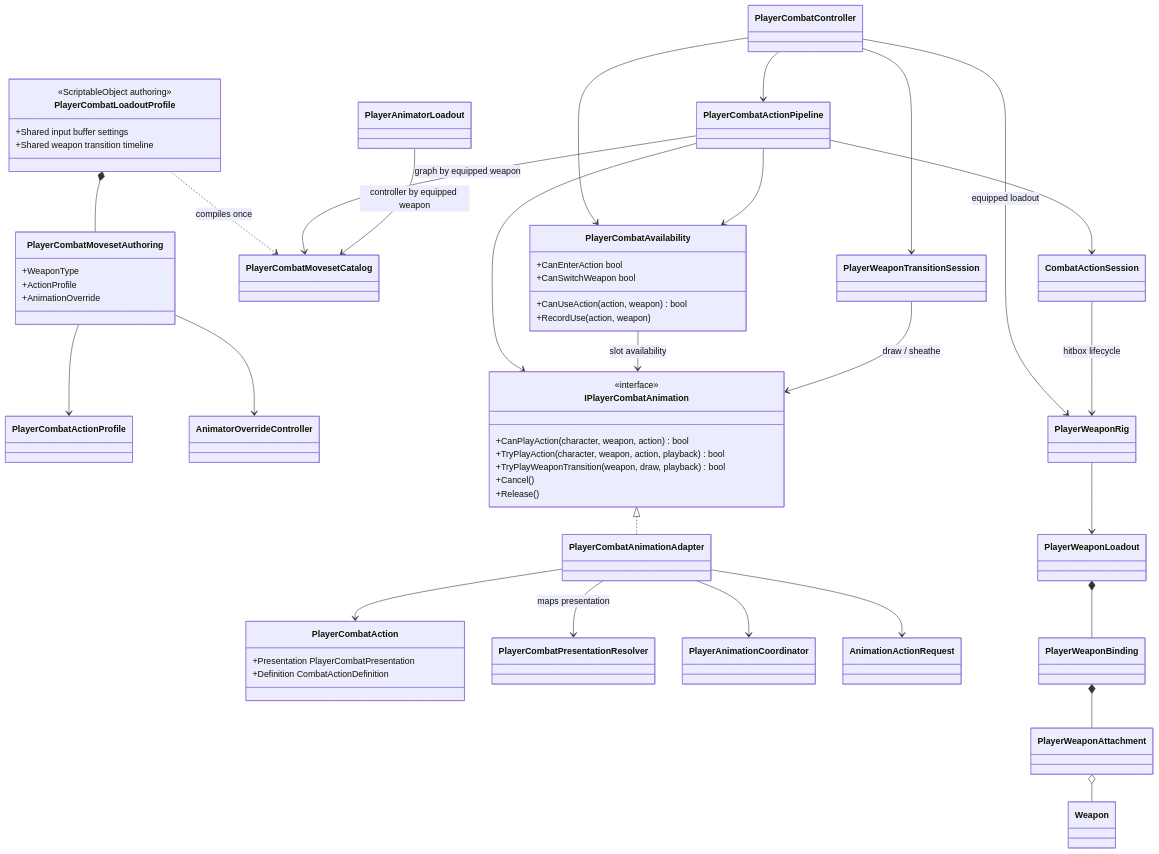
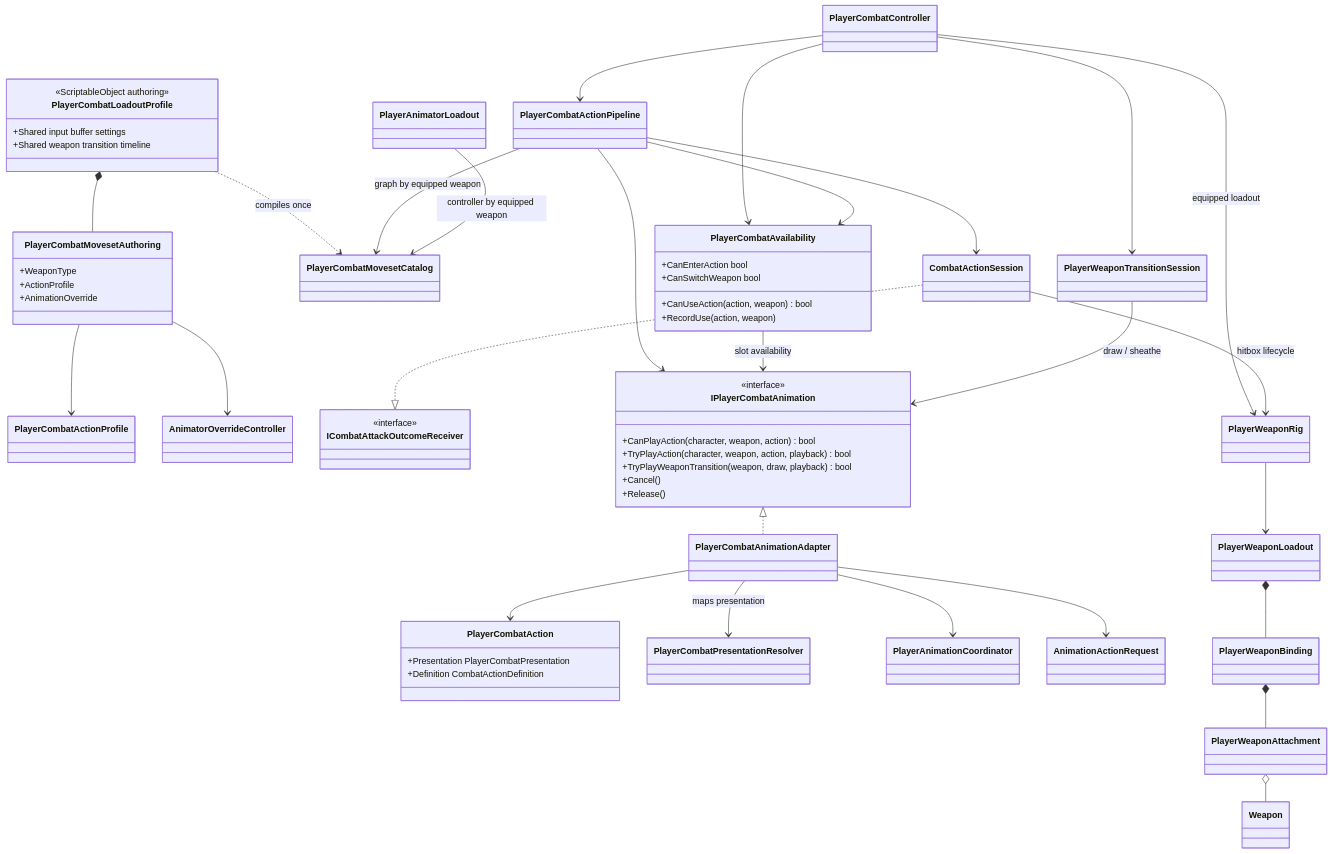
The diagram in Assets/_App/Core/Runtime/Combat/Player/README.md (MaximFonariuc/project-s), drawn with Mermaid before and after one commit. The commit also changed other lines of this file and 10 other files, not shown here.

````diff
--- a/Assets/_App/Core/Runtime/Combat/Player/README.md
+++ b/Assets/_App/Core/Runtime/Combat/Player/README.md
@@ -7,74 +7,78 @@
 ```mermaid
 classDiagram
     class PlayerCombatController
     class PlayerCombatActionPipeline
     class PlayerCombatLoadoutProfile {
         <<ScriptableObject authoring>>
         +Shared input buffer settings
         +Shared weapon transition timeline
     }
     class PlayerCombatMovesetAuthoring {
         +WeaponType
         +ActionProfile
         +AnimationOverride
     }
     class PlayerCombatMovesetCatalog
     class PlayerCombatActionProfile
     class PlayerAnimatorLoadout
     class AnimatorOverrideController
     class CombatActionSession
+    class ICombatAttackOutcomeReceiver {
+        <<interface>>
+    }
     class PlayerWeaponTransitionSession
     class PlayerCombatAvailability {
         +CanEnterAction bool
         +CanSwitchWeapon bool
         +CanUseAction(action, weapon) bool
         +RecordUse(action, weapon)
     }
     class IPlayerCombatAnimation {
         <<interface>>
         +CanPlayAction(character, weapon, action) bool
         +TryPlayAction(character, weapon, action, playback) bool
         +TryPlayWeaponTransition(weapon, draw, playback) bool
         +Cancel()
         +Release()
     }
     class PlayerCombatAction {
         +Presentation PlayerCombatPresentation
         +Definition CombatActionDefinition
     }
     class PlayerCombatAnimationAdapter
     class PlayerCombatPresentationResolver
     class PlayerAnimationCoordinator
     class AnimationActionRequest
     class PlayerWeaponRig
     class PlayerWeaponLoadout
     class PlayerWeaponBinding
     class PlayerWeaponAttachment
     class Weapon
 
     PlayerCombatController --> PlayerCombatActionPipeline
     PlayerCombatLoadoutProfile *-- PlayerCombatMovesetAuthoring
     PlayerCombatMovesetAuthoring --> PlayerCombatActionProfile
     PlayerCombatMovesetAuthoring --> AnimatorOverrideController
     PlayerCombatLoadoutProfile ..> PlayerCombatMovesetCatalog : compiles once
     PlayerCombatActionPipeline --> PlayerCombatMovesetCatalog : graph by equipped weapon
     PlayerAnimatorLoadout --> PlayerCombatMovesetCatalog : controller by equipped weapon
     PlayerCombatActionPipeline --> IPlayerCombatAnimation
     PlayerCombatActionPipeline --> CombatActionSession
+    CombatActionSession ..|> ICombatAttackOutcomeReceiver
     PlayerCombatController --> PlayerWeaponTransitionSession
     PlayerCombatController --> PlayerCombatAvailability
     IPlayerCombatAnimation <|.. PlayerCombatAnimationAdapter
     PlayerCombatAnimationAdapter --> PlayerCombatAction
     PlayerCombatAnimationAdapter --> PlayerCombatPresentationResolver : maps presentation
     PlayerCombatAvailability --> IPlayerCombatAnimation : slot availability
     PlayerWeaponTransitionSession --> IPlayerCombatAnimation : draw / sheathe
     PlayerCombatAnimationAdapter --> PlayerAnimationCoordinator
     PlayerCombatAnimationAdapter --> AnimationActionRequest
     PlayerCombatActionPipeline --> PlayerCombatAvailability
     PlayerCombatController --> PlayerWeaponRig : equipped loadout
     CombatActionSession --> PlayerWeaponRig : hitbox lifecycle
     PlayerWeaponRig --> PlayerWeaponLoadout
     PlayerWeaponLoadout *-- PlayerWeaponBinding
     PlayerWeaponBinding *-- PlayerWeaponAttachment
     PlayerWeaponAttachment o-- Weapon
 ```
````
